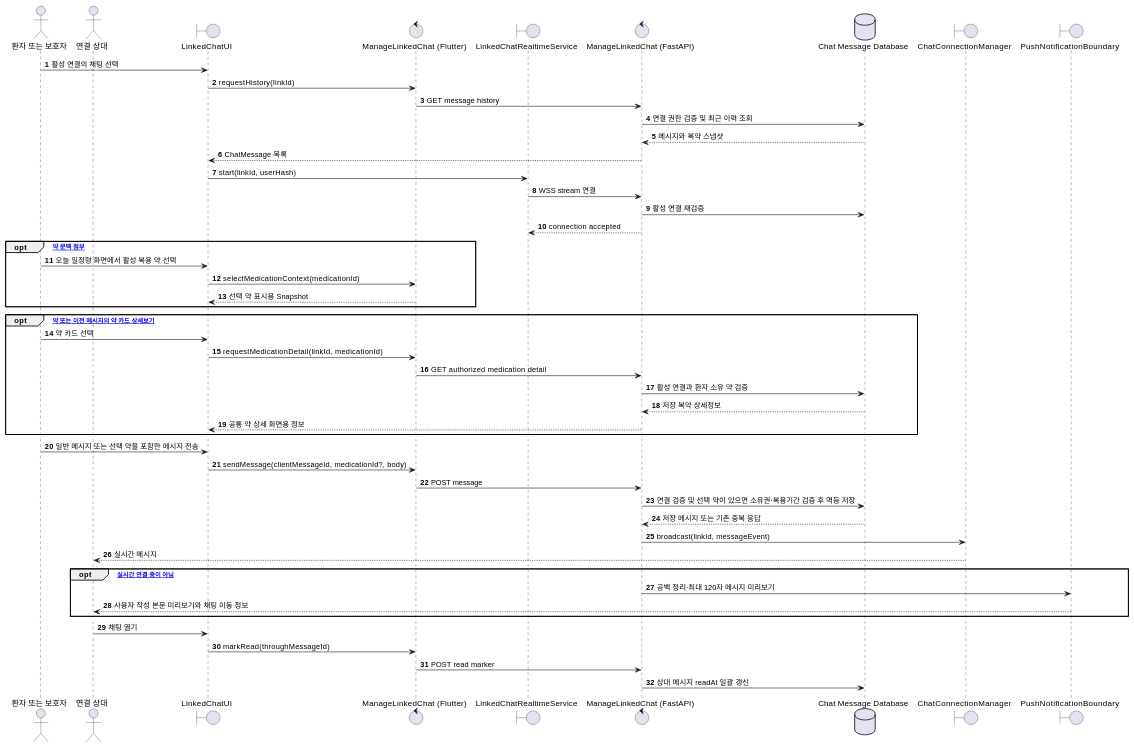
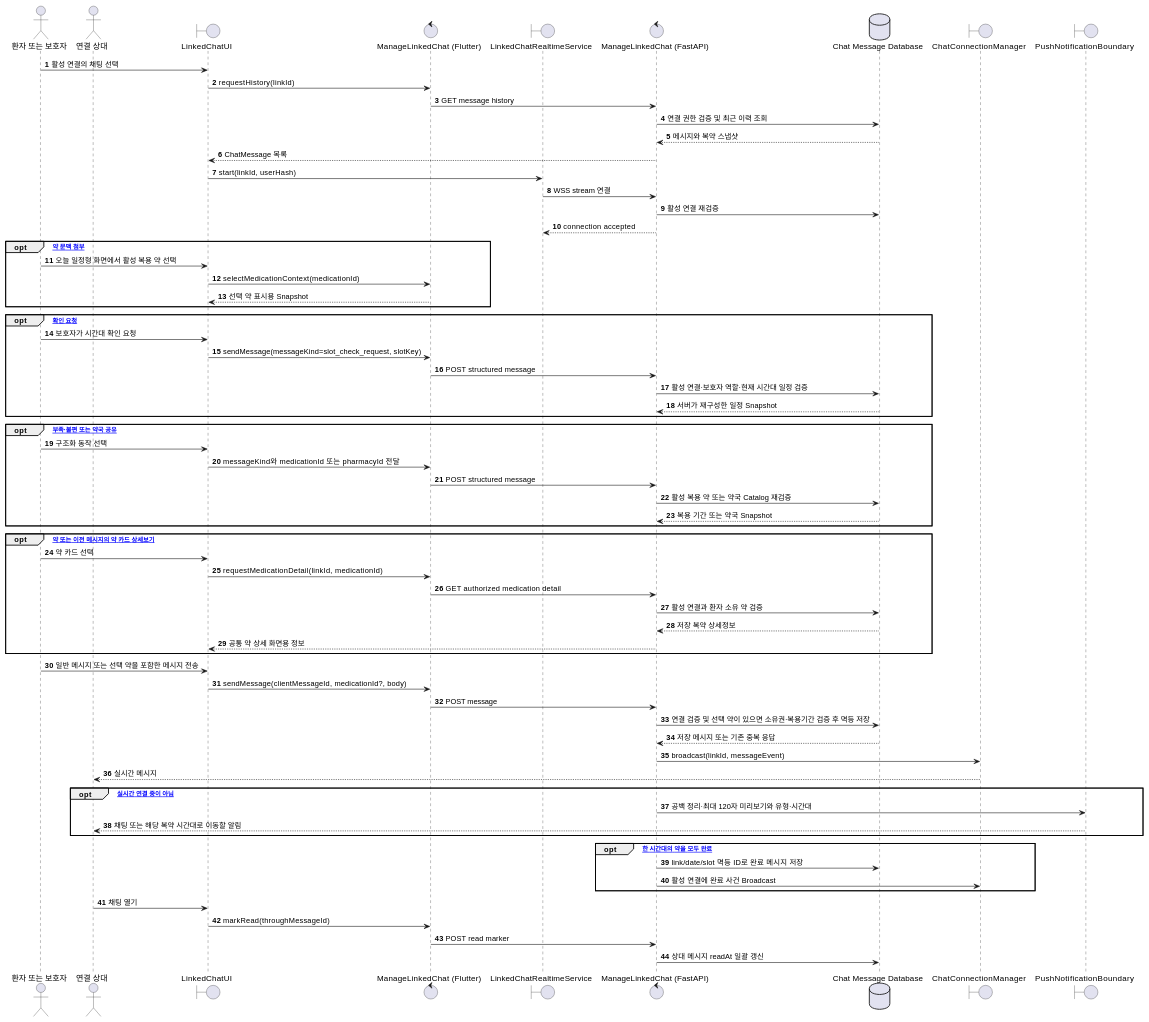
The tenth of 10 diagrams in docs/MedBuddy - Sequence Diagrams.md (1window2/MedBuddy), drawn with PlantUML before and after one commit. The commit also changed other lines of this file and 11 other files, not shown here.

````diff
--- a/docs/MedBuddy - Sequence Diagrams.md
+++ b/docs/MedBuddy - Sequence Diagrams.md
@@ -1147,54 +1168,72 @@
 ```plantuml
 @startuml SD10_Linked_Medication_Chat
 autonumber
 actor "환자 또는 보호자" as User
 actor "연결 상대" as Peer
 boundary "LinkedChatUI" as UI
 control "ManageLinkedChat (Flutter)" as FE
 boundary "LinkedChatRealtimeService" as Realtime
 control "ManageLinkedChat (FastAPI)" as BE
 database "Chat Message Database" as DB
 boundary "ChatConnectionManager" as Connections
 boundary "PushNotificationBoundary" as Push
 
 User -> UI : 활성 연결의 채팅 선택
 UI -> FE : requestHistory(linkId)
 FE -> BE : GET message history
 BE -> DB : 연결 권한 검증 및 최근 이력 조회
 DB --> BE : 메시지와 복약 스냅샷
 BE --> UI : ChatMessage 목록
 UI -> Realtime : start(linkId, userHash)
 Realtime -> BE : WSS stream 연결
 BE -> DB : 활성 연결 재검증
 BE --> Realtime : connection accepted
 
 opt [메시지에 약 문맥 첨부]
   User -> UI : 오늘 일정형 화면에서 활성 복용 약 선택
   UI -> FE : selectMedicationContext(medicationId)
   FE --> UI : 선택 약 표시용 Snapshot
 end
+opt [시간대별 확인 요청]
+  User -> UI : 보호자가 시간대 확인 요청
+  UI -> FE : sendMessage(messageKind=slot_check_request, slotKey)
+  FE -> BE : POST structured message
+  BE -> DB : 활성 연결·보호자 역할·현재 시간대 일정 검증
+  DB --> BE : 서버가 재구성한 일정 Snapshot
+end
+opt [약 부족·불편 또는 약국 공유]
+  User -> UI : 구조화 동작 선택
+  UI -> FE : messageKind와 medicationId 또는 pharmacyId 전달
+  FE -> BE : POST structured message
+  BE -> DB : 활성 복용 약 또는 약국 Catalog 재검증
+  DB --> BE : 복용 기간 또는 약국 Snapshot
+end
 opt [선택 약 또는 이전 메시지의 약 카드 상세보기]
   User -> UI : 약 카드 선택
   UI -> FE : requestMedicationDetail(linkId, medicationId)
   FE -> BE : GET authorized medication detail
   BE -> DB : 활성 연결과 환자 소유 약 검증
   DB --> BE : 저장 복약 상세정보
   BE --> UI : 공통 약 상세 화면용 정보
 end
 User -> UI : 일반 메시지 또는 선택 약을 포함한 메시지 전송
 UI -> FE : sendMessage(clientMessageId, medicationId?, body)
 FE -> BE : POST message
 BE -> DB : 연결 검증 및 선택 약이 있으면 소유권·복용기간 검증 후 멱등 저장
 DB --> BE : 저장 메시지 또는 기존 중복 응답
 BE -> Connections : broadcast(linkId, messageEvent)
 Connections --> Peer : 실시간 메시지
 opt [상대가 실시간 연결 중이 아님]
-  BE -> Push : 공백 정리·최대 120자 메시지 미리보기
-  Push --> Peer : 사용자 작성 본문 미리보기와 채팅 이동 정보
+  BE -> Push : 공백 정리·최대 120자 미리보기와 유형·시간대
+  Push --> Peer : 채팅 또는 해당 복약 시간대로 이동할 알림
+end
+opt [환자가 한 시간대의 약을 모두 완료]
+  BE -> DB : link/date/slot 멱등 ID로 완료 메시지 저장
+  BE -> Connections : 활성 연결에 완료 사건 Broadcast
 end
 Peer -> UI : 채팅 열기
 UI -> FE : markRead(throughMessageId)
 FE -> BE : POST read marker
 BE -> DB : 상대 메시지 readAt 일괄 갱신
 @enduml
 ```
````
